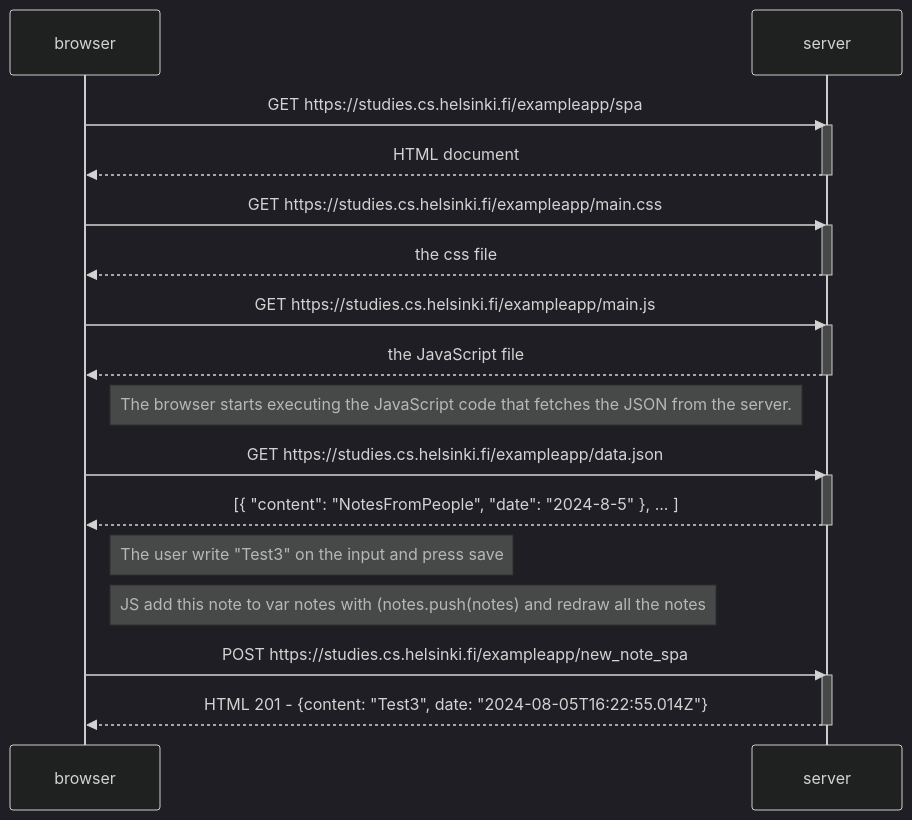
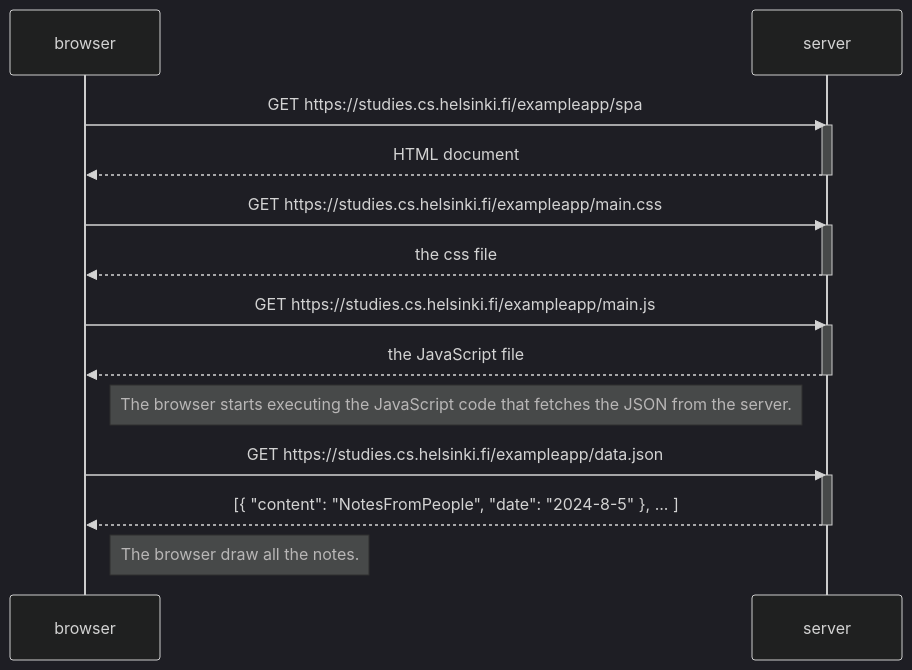
Before and after one commit to ZenQ98/fullstackopen_course: the diagram in part0/0.5/README.md, drawn with Mermaid (dark theme).

````diff
--- a/part0/0.5/README.md
+++ b/part0/0.5/README.md
@@ -3,36 +3,29 @@
 ```mermaid
 sequenceDiagram
     participant browser
     participant server
 
     browser->>server: GET https://studies.cs.helsinki.fi/exampleapp/spa
     activate server
     server-->>browser: HTML document
     deactivate server
 
     browser->>server: GET https://studies.cs.helsinki.fi/exampleapp/main.css
     activate server
     server-->>browser: the css file
     deactivate server
 
     browser->>server: GET https://studies.cs.helsinki.fi/exampleapp/main.js
     activate server
     server-->>browser: the JavaScript file
     deactivate server
 
     Note right of browser: The browser starts executing the JavaScript code that fetches the JSON from the server.
 
     browser->>server: GET https://studies.cs.helsinki.fi/exampleapp/data.json
     activate server
     server-->>browser: [{ "content": "NotesFromPeople", "date": "2024-8-5" }, ... ]
     deactivate server
 
-    Note right of browser: The user write "Test3" on the input and press save
-    Note right of browser: JS add this note to var notes with (notes.push(notes) and redraw all the notes
-    
-    browser->>server: POST https://studies.cs.helsinki.fi/exampleapp/new_note_spa
-
-    activate server
-    server-->>browser: HTML 201 - {content: "Test3", date: "2024-08-05T16:22:55.014Z"}
-    deactivate server
+    Note right of browser: The browser draw all the notes.
 ```
````
